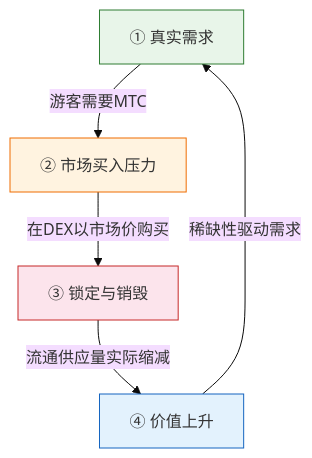
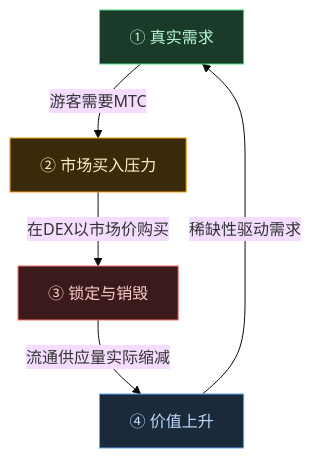
The first of 2 diagrams in i18n/zh-Hans/docusaurus-plugin-content-docs/current/02-vision.md (Cootakahashi/matsuri-dao-whitepaper), drawn with Mermaid (base theme) before and after one commit. The commit also changed 102 other files, not shown here.

````diff
--- a/i18n/zh-Hans/docusaurus-plugin-content-docs/current/02-vision.md
+++ b/i18n/zh-Hans/docusaurus-plugin-content-docs/current/02-vision.md
@@ -42,12 +42,12 @@
 ```mermaid
 graph TD
-    A["① 真实需求"] -->|游客需要MTC| B["② 市场买入压力"]
-    B -->|在DEX以市场价购买| C["③ 锁定与销毁"]
-    C -->|流通供应量实际缩减| D["④ 价值上升"]
+    A["① 真实需求"]:::step1 -->|游客需要MTC| B["② 市场买入压力"]:::step2
+    B -->|在DEX以市场价购买| C["③ 锁定与销毁"]:::step3
+    C -->|流通供应量实际缩减| D["④ 价值上升"]:::step4
     D -->|稀缺性驱动需求| A
 
-    style A fill:#e8f5e9,stroke:#2e7d32
-    style B fill:#fff3e0,stroke:#ef6c00
-    style C fill:#fce4ec,stroke:#c62828
-    style D fill:#e3f2fd,stroke:#1565c0
+    classDef step1 fill:#1a3a2a,stroke:#4ade80,color:#bbf7d0
+    classDef step2 fill:#3a2a0a,stroke:#f59e0b,color:#fef3c7
+    classDef step3 fill:#3a1a1a,stroke:#f87171,color:#fecaca
+    classDef step4 fill:#1a2a3a,stroke:#60a5fa,color:#bfdbfe
 ```
````
